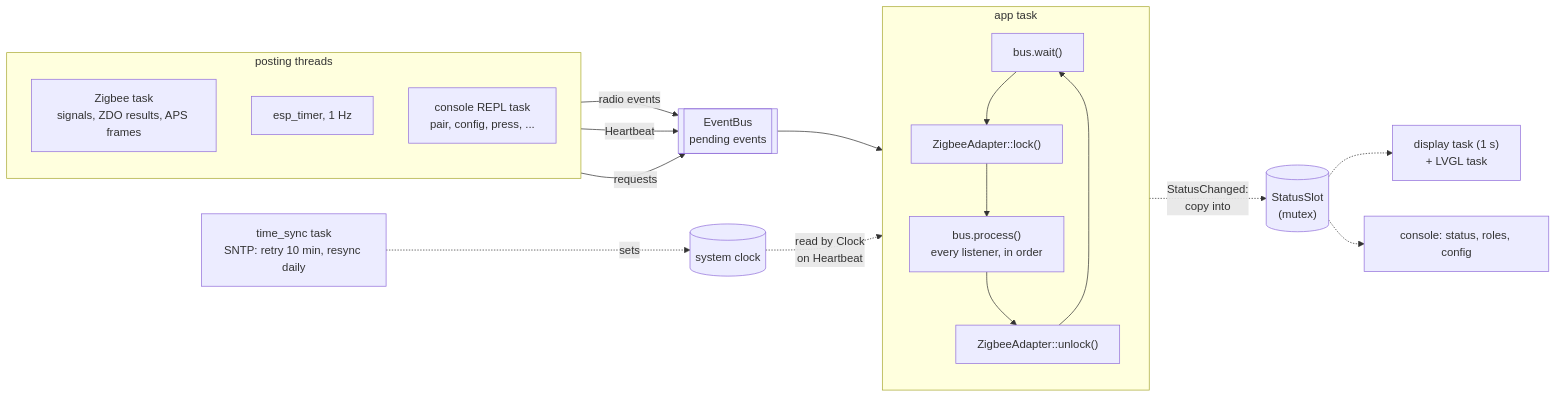
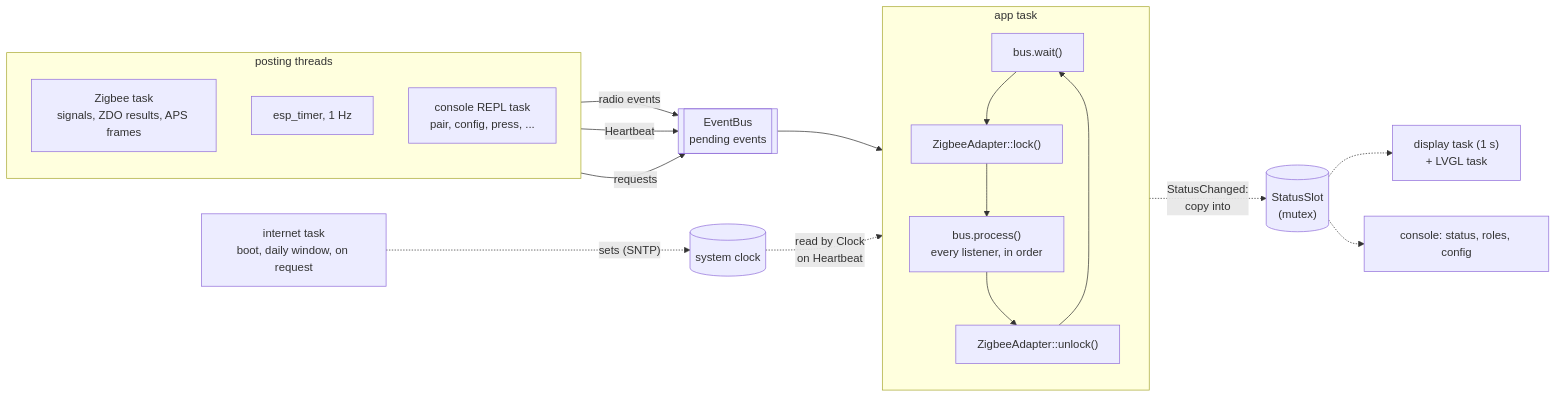
One commit to bjerre/sunsim changed the sixth of 10 diagrams in ARCHITECTURE.md. Above: the diagram before and after it, drawn with Mermaid. The commit also changed other lines of this file and 13 other files, not shown here.

````diff
--- a/ARCHITECTURE.md
+++ b/ARCHITECTURE.md
@@ -412,28 +429,28 @@
 ```mermaid
 flowchart LR
     subgraph producers["posting threads"]
         direction TB
         ZT["Zigbee task<br/>signals, ZDO results, APS frames"]
         TM["esp_timer, 1 Hz"]
         CON["console REPL task<br/>pair, config, press, ..."]
     end
-    TS["time_sync task<br/>SNTP: retry 10 min, resync daily"] -.->|sets| SYS[("system clock")]
+    TS["internet task<br/>boot, daily window, on request"] -.->|"sets (SNTP)"| SYS[("system clock")]
 
     ZT -->|radio events| Q
     TM -->|Heartbeat| Q
     CON -->|requests| Q
     Q[["EventBus<br/>pending events"]] --> W
 
     subgraph AT["app task"]
         direction TB
         W["bus.wait()"] --> L["ZigbeeAdapter::lock()"]
         L --> P["bus.process()<br/>every listener, in order"]
         P --> U["ZigbeeAdapter::unlock()"]
         U --> W
     end
 
     SYS -.->|"read by Clock<br/>on Heartbeat"| P
     P -.->|"StatusChanged:<br/>copy into"| SLOT[("StatusSlot<br/>(mutex)")]
     SLOT -.-> DT["display task (1 s)<br/>+ LVGL task"]
     SLOT -.-> CS["console: status, roles, config"]
 ```
````
